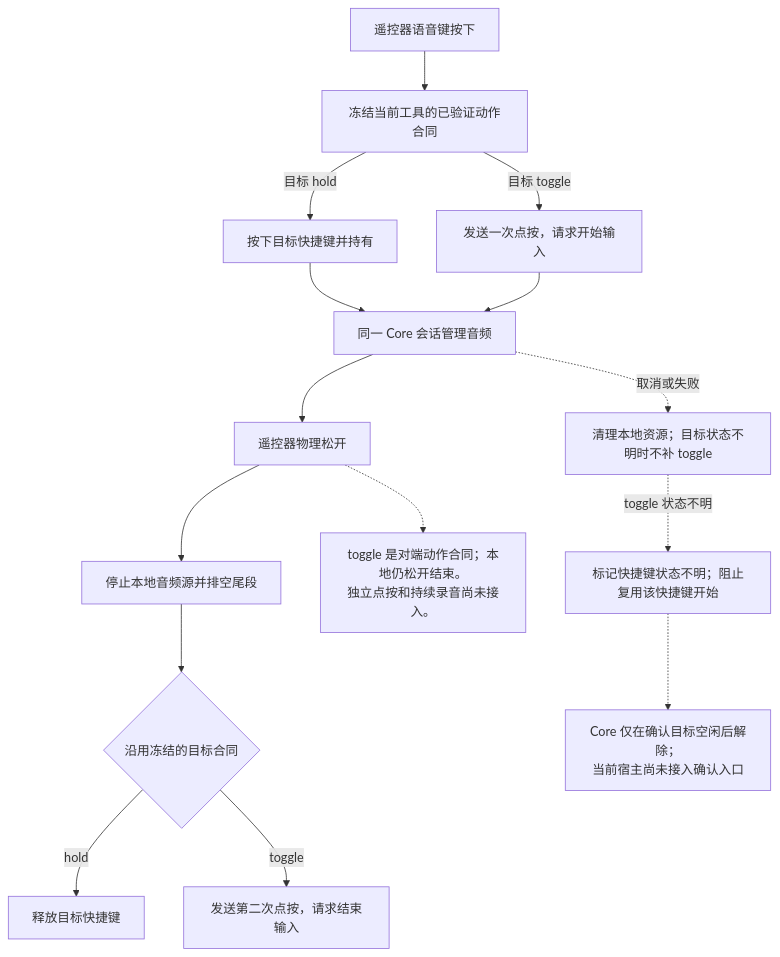
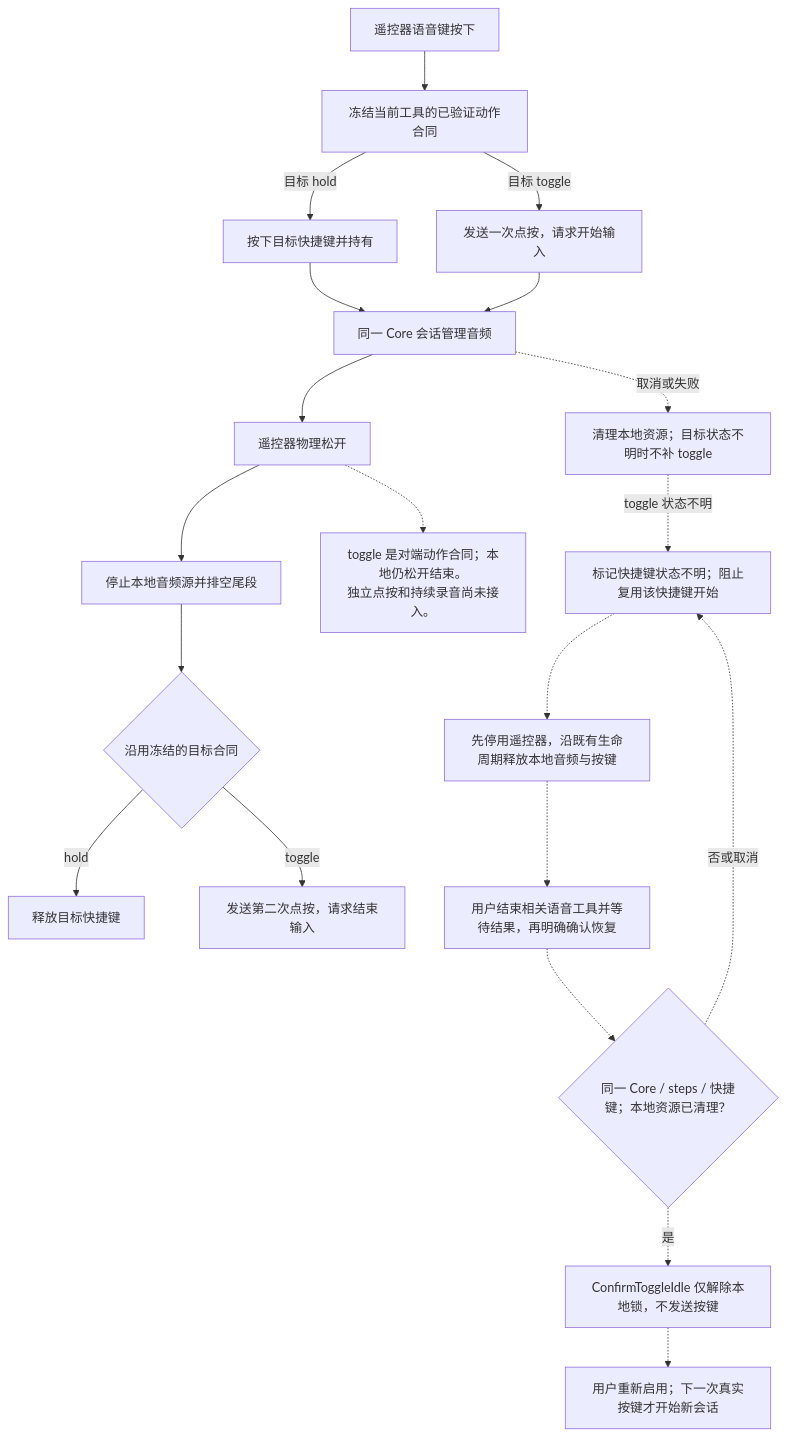
One commit to daftAI2026/MiMac changed the diagram in tools/workbench/diagrams/voice-action-translation.mmd. Above: the diagram before and after it, drawn with Mermaid. The commit also changed 8 other files, not shown here.

```diff
--- a/tools/workbench/diagrams/voice-action-translation.mmd
+++ b/tools/workbench/diagrams/voice-action-translation.mmd
@@ -1,16 +1,20 @@
 flowchart TD
     down["遥控器语音键按下"] --> plan["冻结当前工具的已验证动作合同"]
     plan -->|目标 hold| hold["按下目标快捷键并持有"]
     plan -->|目标 toggle| toggle["发送一次点按，请求开始输入"]
     hold --> active["同一 Core 会话管理音频"]
     toggle --> active
     active --> up["遥控器物理松开"]
     up --> drain["停止本地音频源并排空尾段"]
     drain --> contract{"沿用冻结的目标合同"}
     contract -->|hold| release["释放目标快捷键"]
     contract -->|toggle| finish["发送第二次点按，请求结束输入"]
     active -.->|取消或失败| cancel["清理本地资源；目标状态不明时不补 toggle"]
     cancel -.->|toggle 状态不明| uncertain["标记快捷键状态不明；阻止复用该快捷键开始"]
-    uncertain -.-> idle["Core 仅在确认目标空闲后解除；
-当前宿主尚未接入确认入口"]
+    uncertain -.-> stop["先停用遥控器，沿既有生命周期释放本地音频与按键"]
+    stop -.-> confirm["用户结束相关语音工具并等待结果，再明确确认恢复"]
+    confirm -.-> guard{"同一 Core / steps / 快捷键；本地资源已清理？"}
+    guard -.->|是| idle["ConfirmToggleIdle 仅解除本地锁，不发送按键"]
+    guard -.->|否或取消| uncertain
+    idle -.-> next["用户重新启用；下一次真实按键才开始新会话"]
     up -.-> boundary["toggle 是对端动作合同；本地仍松开结束。\n独立点按和持续录音尚未接入。"]
```
